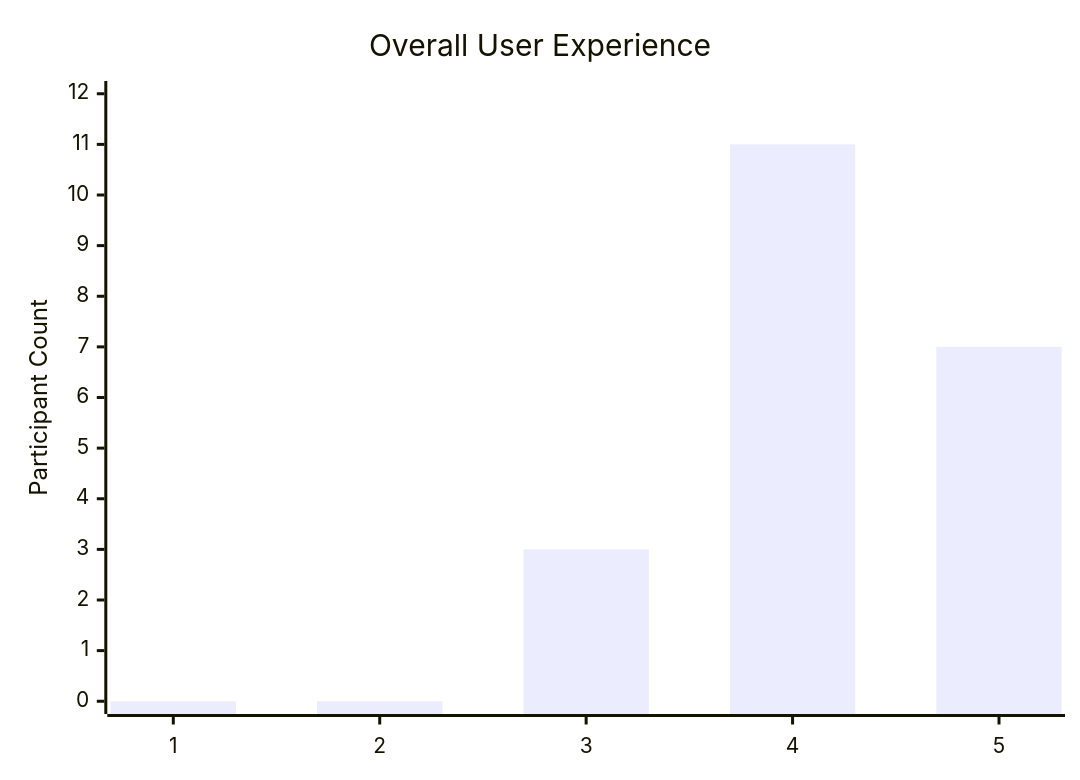
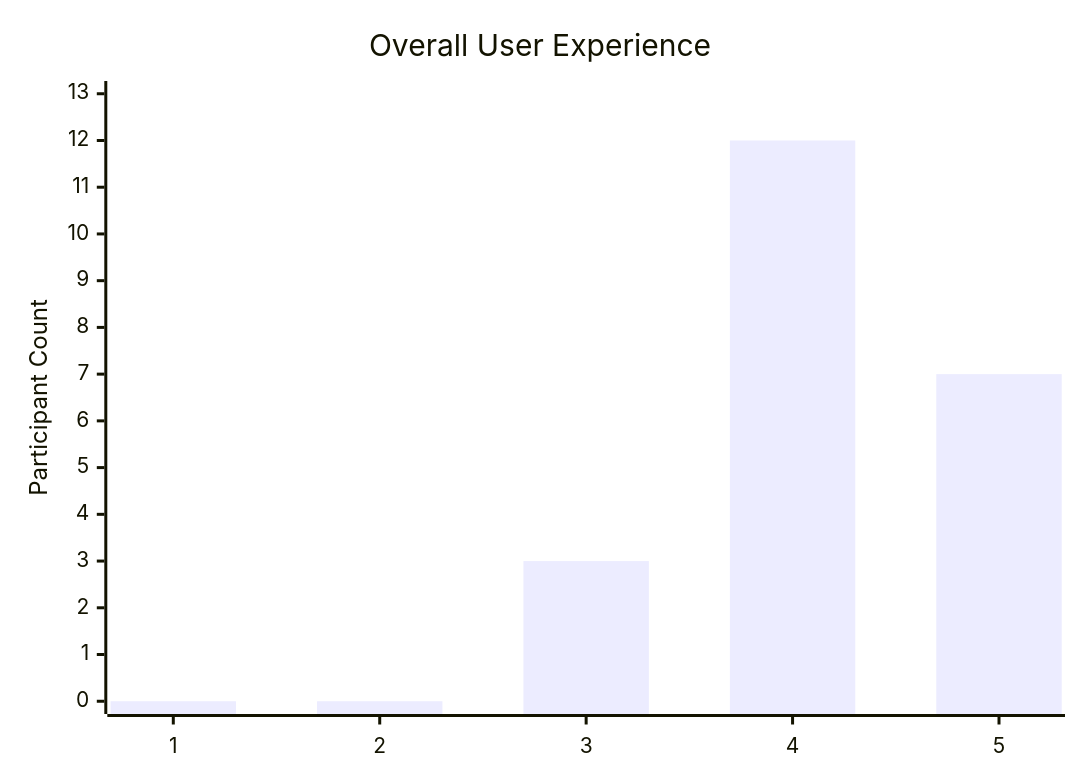
Before and after one commit to anonym-evalpro/EvalPro: diagram 12 of 15 in Search/README.md, drawn with Mermaid. The commit also changed other lines of this file and 1 other file, not shown here.

````diff
--- a/Search/README.md
+++ b/Search/README.md
@@ -138,7 +138,7 @@
        ```mermaid
         xychart-beta
         title "Overall User Experience"
         x-axis ["1", "2", "3", "4", "5"]
-        y-axis "Participant Count" 0 --> 12
-        bar [0, 0, 3, 11, 7]
+        y-axis "Participant Count" 0 --> 13
+        bar [0, 0, 3, 12, 7]
        ```
````
